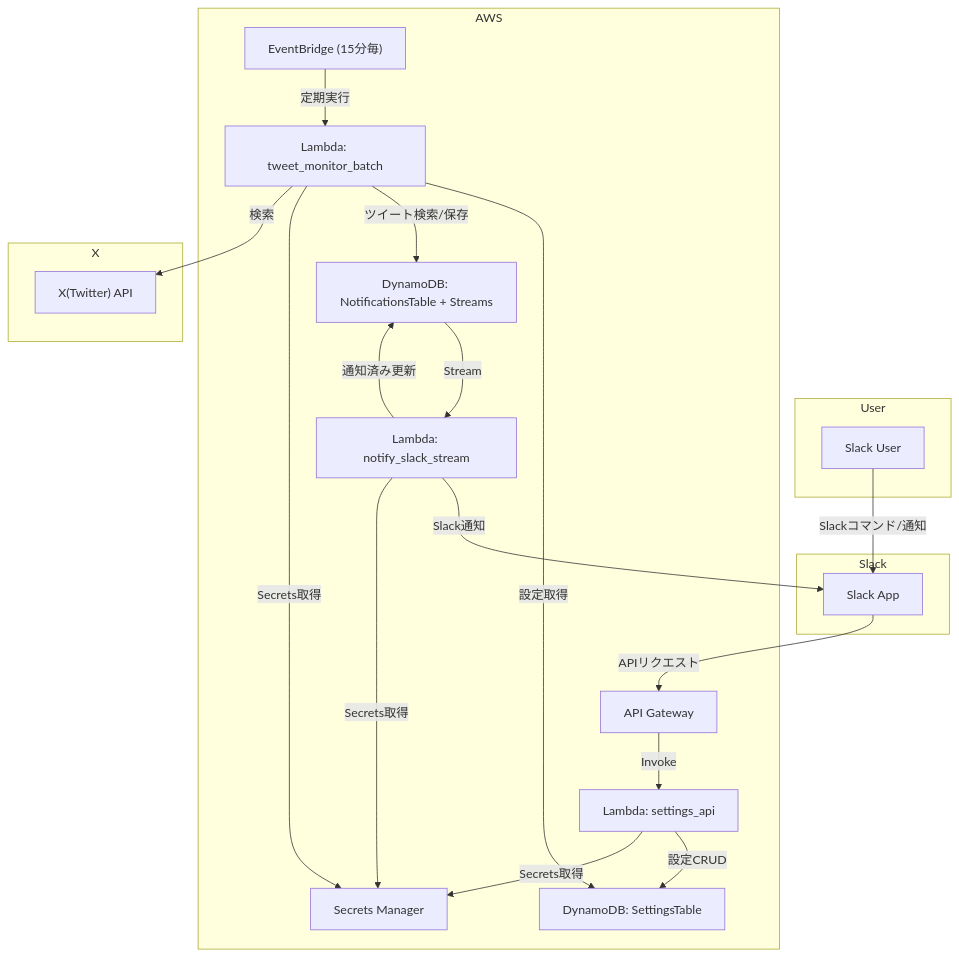
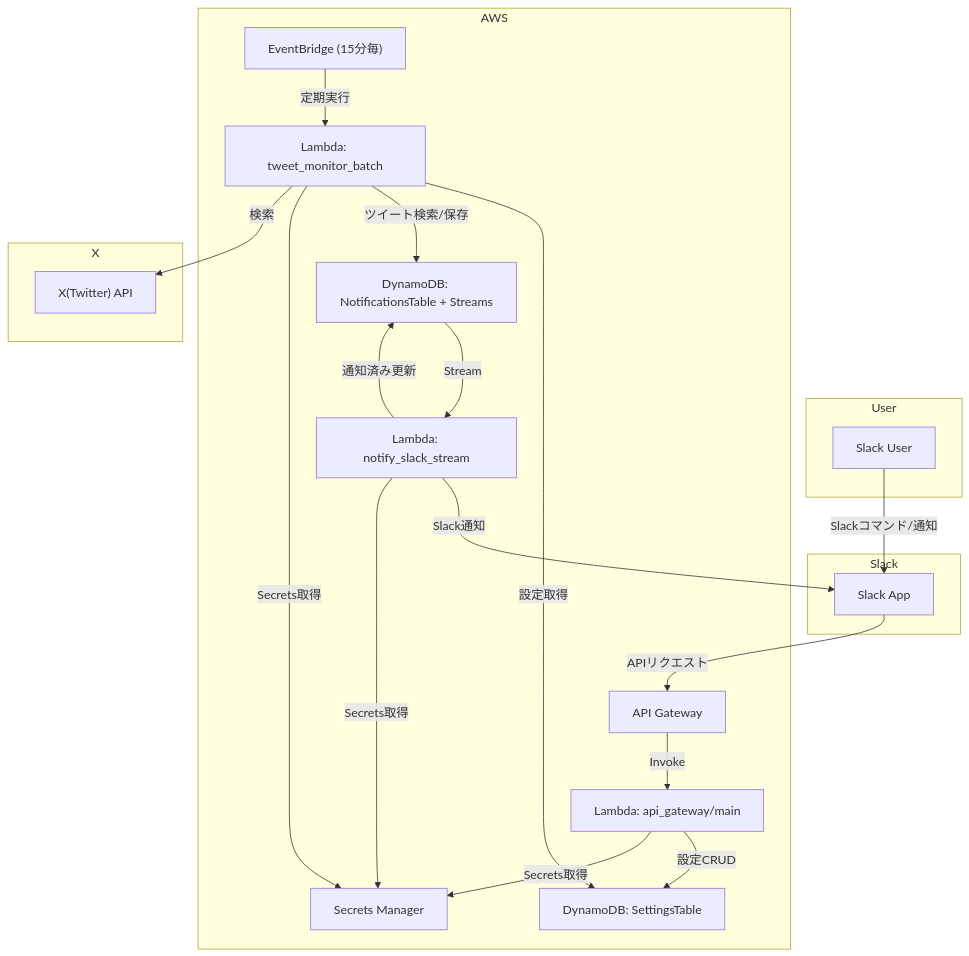
Before and after one commit to tatematsu-k/tweet-watcher: the diagram in README.md, drawn with Mermaid. The commit also changed 1 other file, not shown here.

````diff
--- a/README.md
+++ b/README.md
@@ -75,39 +75,39 @@
 ```mermaid
 flowchart TD
   subgraph "User"
     U1["Slack User"]
   end
   subgraph "Slack"
     S1["Slack App"]
   end
   subgraph "AWS"
     APIGW["API Gateway"]
-    LambdaAPI["Lambda: settings_api"]
+    LambdaAPI["Lambda: api_gateway/main"]
     LambdaBatch["Lambda: tweet_monitor_batch"]
     LambdaStream["Lambda: notify_slack_stream"]
     EventBridge["EventBridge (15分毎)"]
     DDBSettings["DynamoDB: SettingsTable"]
     DDBNotifications["DynamoDB: NotificationsTable + Streams"]
     Secrets["Secrets Manager"]
   end
   subgraph "X"
     XAPI["X(Twitter) API"]
   end
 
   U1--"Slackコマンド/通知"-->S1
   S1--"APIリクエスト"-->APIGW
   APIGW--"Invoke"-->LambdaAPI
   LambdaAPI--"設定CRUD"-->DDBSettings
   LambdaAPI--"Secrets取得"-->Secrets
 
   EventBridge--"定期実行"-->LambdaBatch
   LambdaBatch--"設定取得"-->DDBSettings
   LambdaBatch--"ツイート検索/保存"-->DDBNotifications
   LambdaBatch--"Secrets取得"-->Secrets
   LambdaBatch--"検索"-->XAPI
 
   DDBNotifications--"Stream"-->LambdaStream
   LambdaStream--"Slack通知"-->S1
   LambdaStream--"Secrets取得"-->Secrets
   LambdaStream--"通知済み更新"-->DDBNotifications
 ```
````
